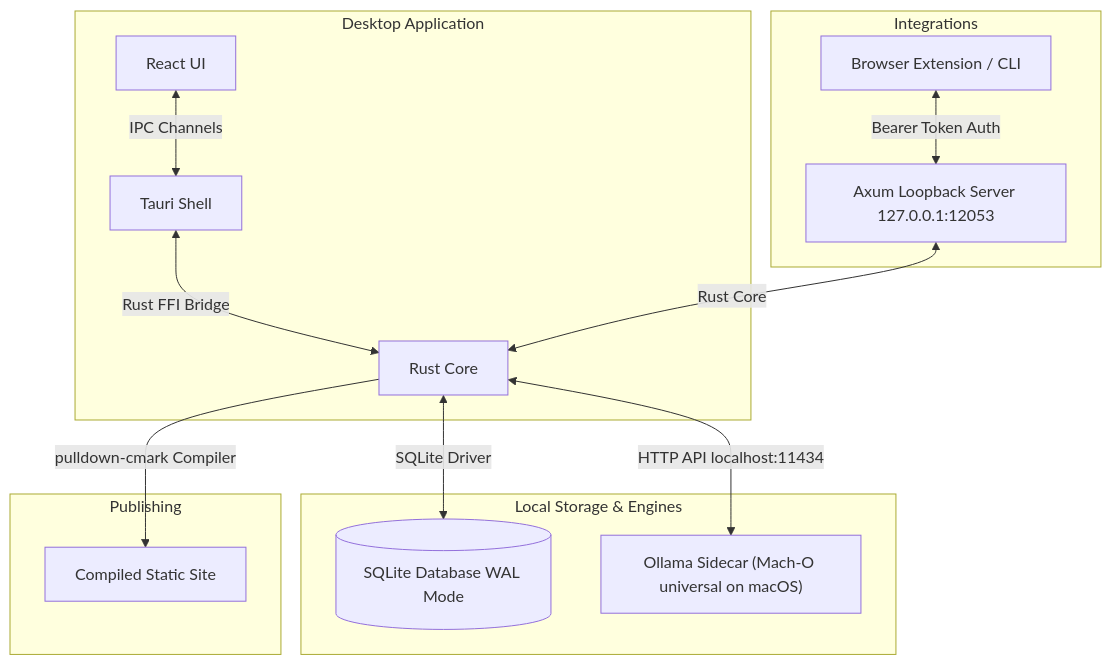
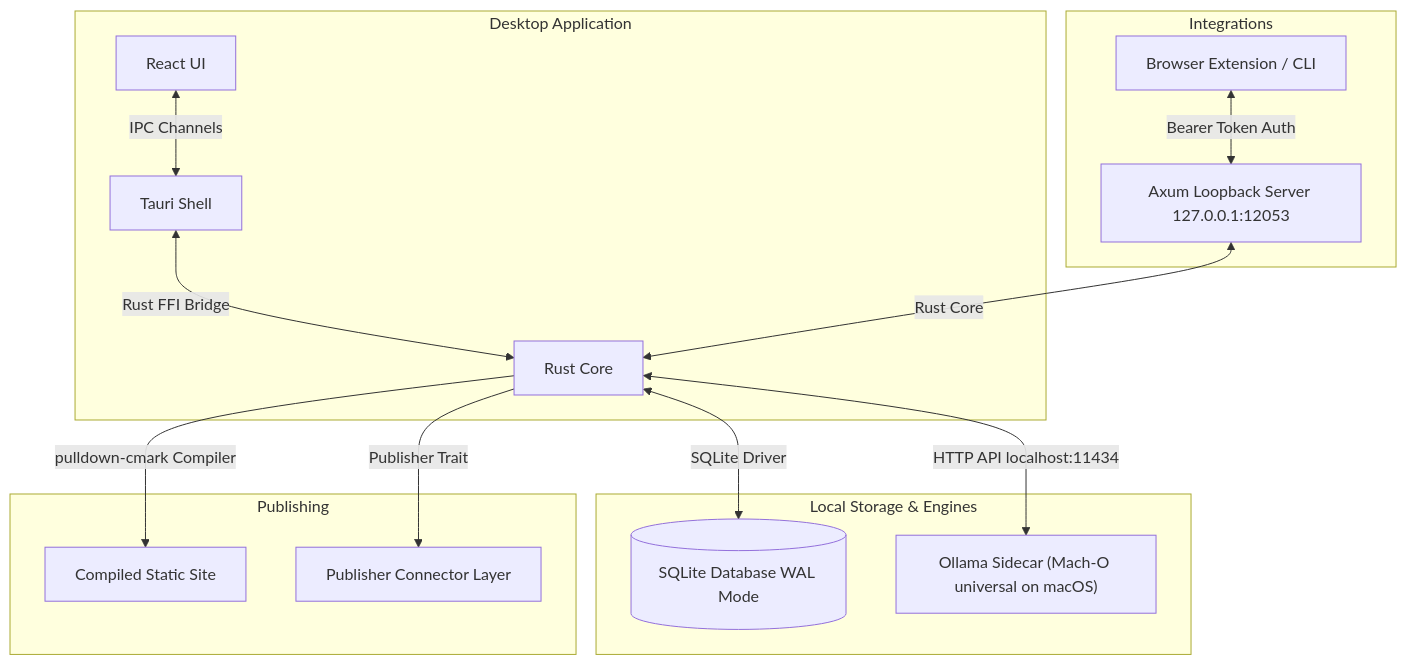
The first of 6 diagrams in docs/architecture.md (scottconverse/CivicNewspaper), drawn with Mermaid before and after one commit. The commit also changed other lines of this file and 15 other files, not shown here.

Commit message:
feat: add publisher connector layer

````diff
--- a/docs/architecture.md
+++ b/docs/architecture.md
@@ -11,18 +11,19 @@
 ```mermaid
 graph TD
     subgraph Desktop Application
         ReactUI[React UI] <-->|IPC Channels| TauriShell[Tauri Shell]
         TauriShell <-->|Rust FFI Bridge| RustCore[Rust Core]
     end
     subgraph Local Storage & Engines
         RustCore <-->|SQLite Driver| SQLite[(SQLite Database WAL Mode)]
         RustCore <-->|HTTP API localhost:11434| Ollama["Ollama Sidecar (Mach-O universal on macOS)"]
     end
     subgraph Publishing
         RustCore -->|pulldown-cmark Compiler| CompiledSite[Compiled Static Site]
+        RustCore -->|Publisher Trait| PublisherLayer[Publisher Connector Layer]
     end
     subgraph Integrations
         Loopback[Axum Loopback Server 127.0.0.1:12053] <-->|Rust Core| RustCore
         BrowserExt[Browser Extension / CLI] <-->|Bearer Token Auth| Loopback
     end
 ```
````
